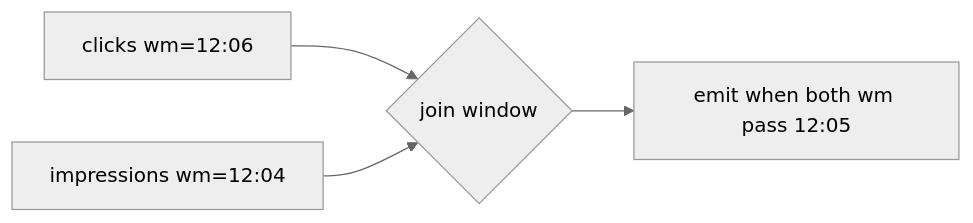
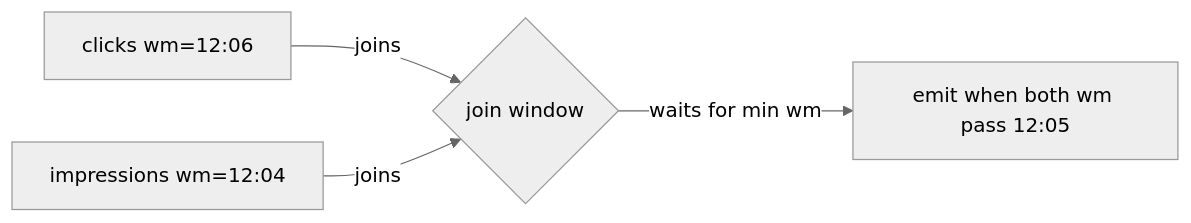
One commit to vinayakuber/streaming-systems-study-guide changed the tenth of 19 diagrams in docs/ch08-streaming-sql.md. Above: the diagram before and after it, drawn with Mermaid (neutral theme). The commit also changed other lines of this file and 22 other files, not shown here.

First line of the commit message:
R18: label every diagram arrow with its meaning

````diff
--- a/docs/ch08-streaming-sql.md
+++ b/docs/ch08-streaming-sql.md
@@ -259,6 +259,6 @@
 ```mermaid
 flowchart LR
-  C["clicks wm=12:06"] --> J{join window}
-  I["impressions wm=12:04"] --> J
-  J --> W["emit when both wm pass 12:05"]
+  C["clicks wm=12:06"] -->|"joins"| J{join window}
+  I["impressions wm=12:04"] -->|"joins"| J
+  J -->|"waits for min wm"| W["emit when both wm pass 12:05"]
 ```
````
